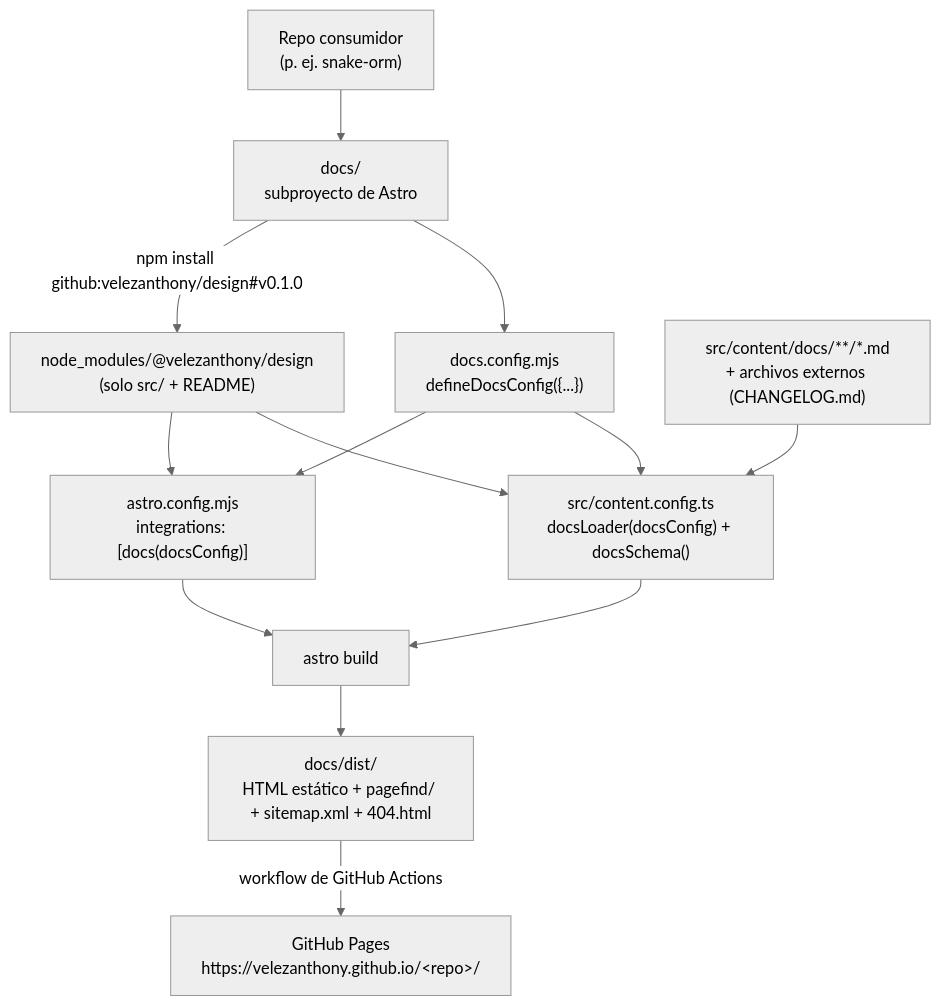
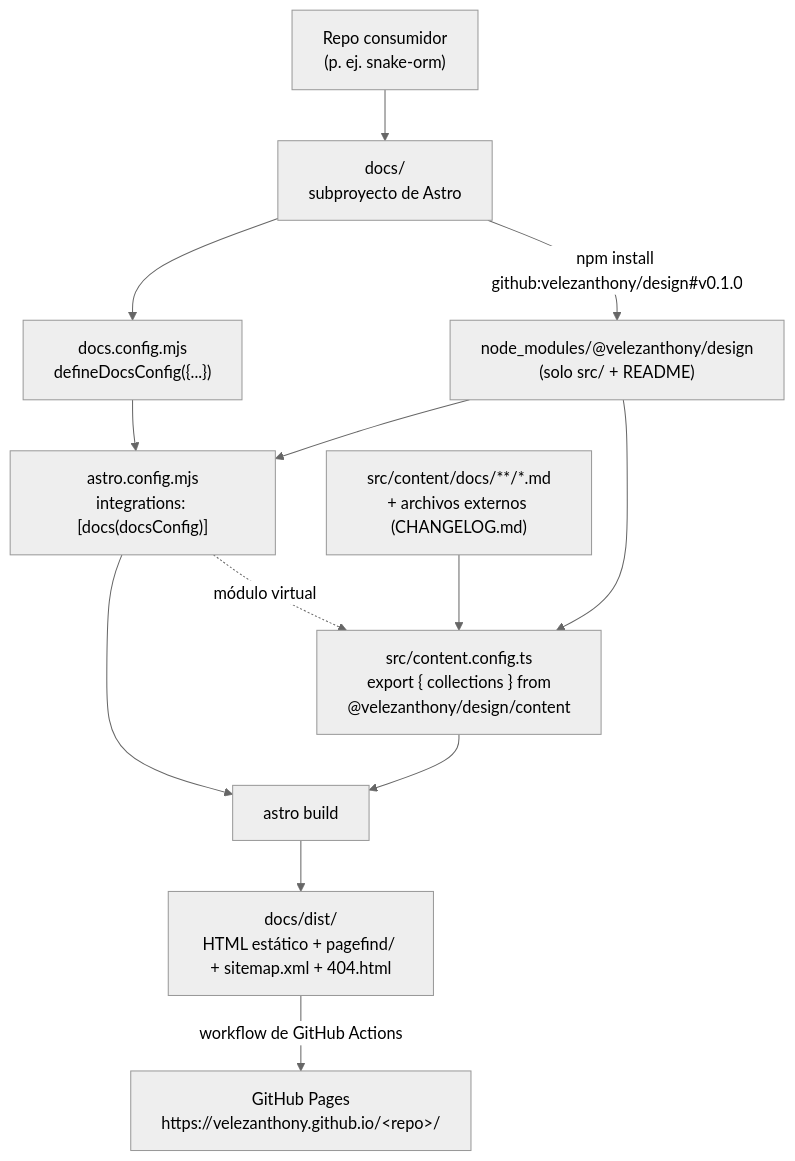
Before and after one commit to velezanthony/design: the diagram in docs/src/content/docs/concepto/index.md, drawn with Mermaid (neutral theme). The commit also changed other lines of this file and 4 other files, not shown here.

First line of the commit message:
docs: consumers write one import and a one-line content config

````diff
--- a/docs/src/content/docs/concepto/index.md
+++ b/docs/src/content/docs/concepto/index.md
@@ -16,15 +16,15 @@
 ```mermaid
 flowchart TD
   repo["Repo consumidor<br/>(p. ej. snake-orm)"] --> sub["docs/<br/>subproyecto de Astro"]
   sub -->|"npm install github:velezanthony/design#v0.1.0"| nm["node_modules/@velezanthony/design<br/>(solo src/ + README)"]
   sub --> cfg["docs.config.mjs<br/>defineDocsConfig({...})"]
   cfg --> astrocfg["astro.config.mjs<br/>integrations: [docs(docsConfig)]"]
-  cfg --> cc["src/content.config.ts<br/>docsLoader(docsConfig) + docsSchema()"]
+  astrocfg -. "módulo virtual" .-> cc["src/content.config.ts<br/>export { collections } from<br/>@velezanthony/design/content"]
   md["src/content/docs/**/*.md<br/>+ archivos externos (CHANGELOG.md)"] --> cc
   nm --> astrocfg
   nm --> cc
   astrocfg --> build["astro build"]
   cc --> build
   build --> dist["docs/dist/<br/>HTML estático + pagefind/ + sitemap.xml + 404.html"]
   dist -->|"workflow de GitHub Actions"| pages["GitHub Pages<br/>https://velezanthony.github.io/&lt;repo&gt;/"]
 ```
````
